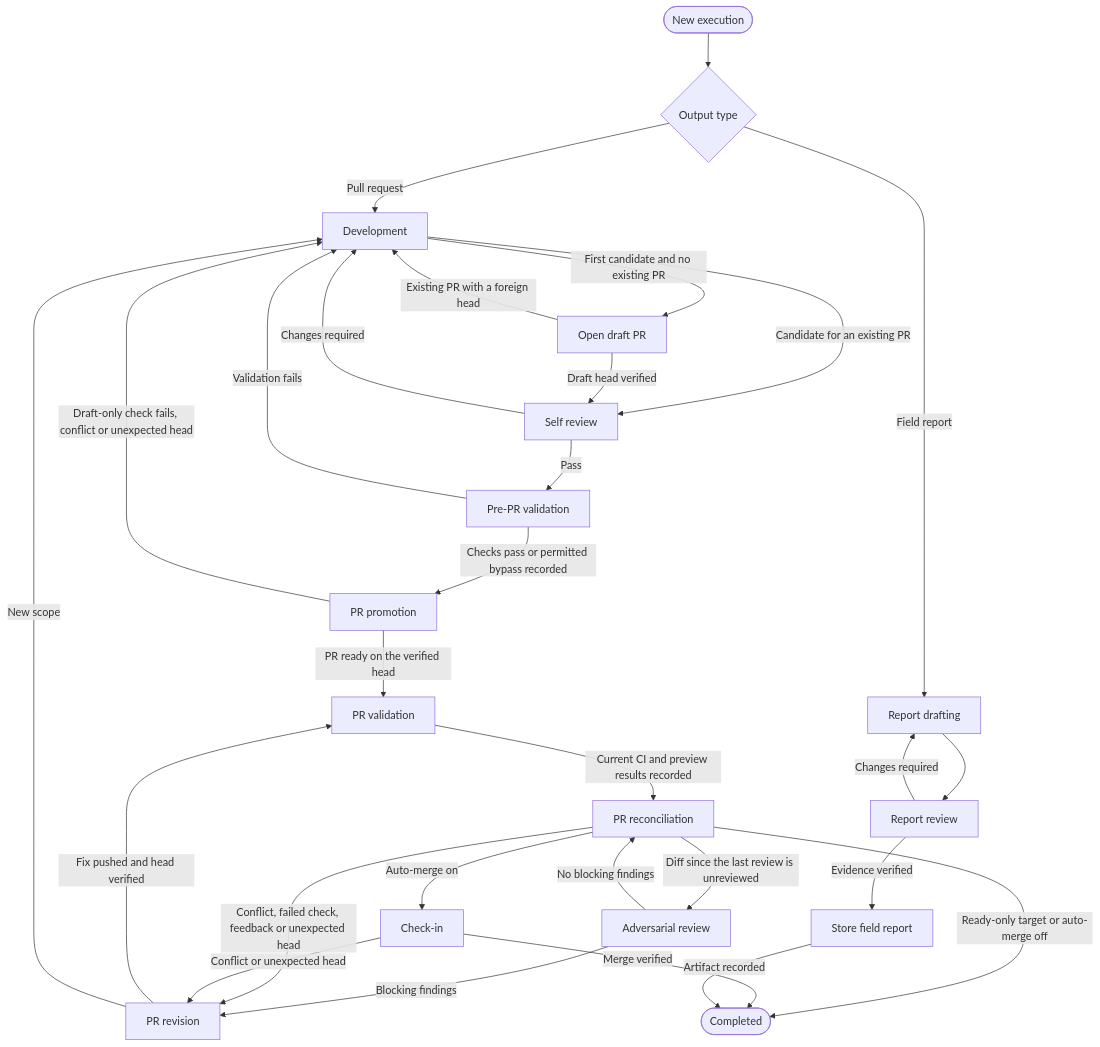
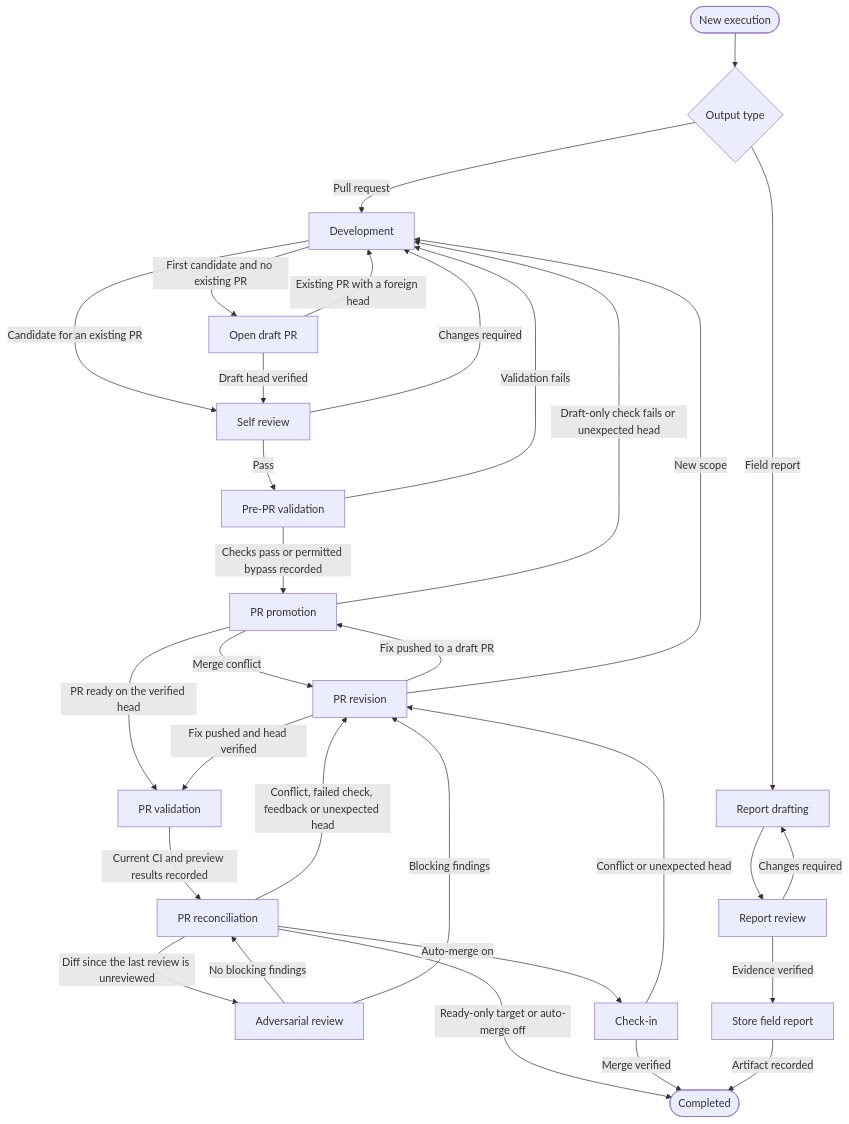
One commit to caltseng/phalanx changed the first of 2 diagrams in STATE_MACHINE.md. Above: the diagram before and after it, drawn with Mermaid. The commit also changed other lines of this file and 9 other files, not shown here.

````diff
--- a/STATE_MACHINE.md
+++ b/STATE_MACHINE.md
@@ -11,31 +11,33 @@
 ```mermaid
 flowchart TD
     Start([New execution]) --> Kind{Output type}
     Kind -->|Pull request| Dev[Development]
     Kind -->|Field report| Draft[Report drafting]
     Dev -->|First candidate and no existing PR| Publish[Open draft PR]
     Dev -->|Candidate for an existing PR| Self[Self review]
     Publish -->|Draft head verified| Self
     Publish -->|Existing PR with a foreign head| Dev
     Self -->|Changes required| Dev
     Self -->|Pass| Pre[Pre-PR validation]
     Pre -->|Validation fails| Dev
     Pre -->|Checks pass or permitted bypass recorded| Promote[PR promotion]
-    Promote -->|Draft-only check fails, conflict or unexpected head| Dev
+    Promote -->|Draft-only check fails or unexpected head| Dev
+    Promote -->|Merge conflict| Revise
     Promote -->|PR ready on the verified head| Post[PR validation]
     Post -->|Current CI and preview results recorded| Reconcile[PR reconciliation]
     Reconcile -->|Diff since the last review is unreviewed| Review[Adversarial review]
     Review -->|No blocking findings| Reconcile
     Review -->|Blocking findings| Revise[PR revision]
     Reconcile -->|Conflict, failed check, feedback or unexpected head| Revise
     Revise -->|Fix pushed and head verified| Post
+    Revise -->|Fix pushed to a draft PR| Promote
     Revise -->|New scope| Dev
     Reconcile -->|Ready-only target or auto-merge off| Done([Completed])
     Reconcile -->|Auto-merge on| Merge[Check-in]
     Merge -->|Conflict or unexpected head| Revise
     Merge -->|Merge verified| Done
     Draft --> ReportReview[Report review]
     ReportReview -->|Changes required| Draft
     ReportReview -->|Evidence verified| Store[Store field report]
     Store -->|Artifact recorded| Done
 ```
````
